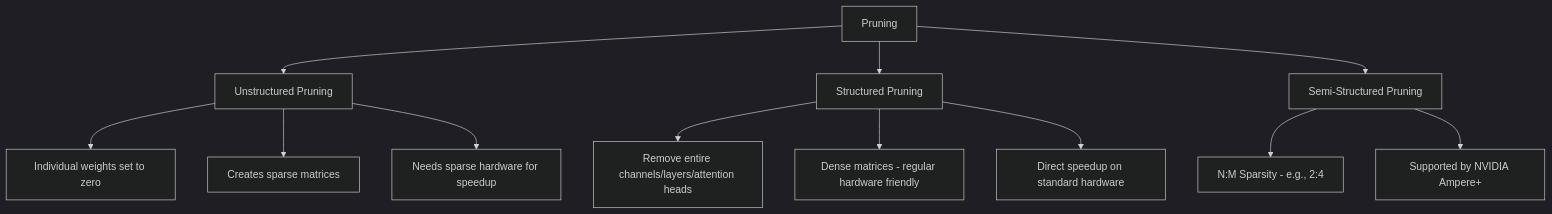
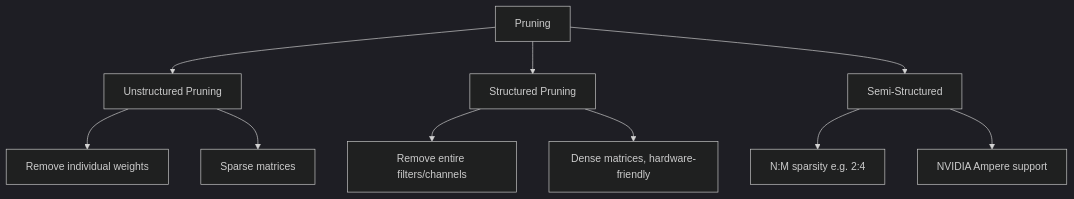
Before and after one commit to vanos001/placement_prep: the diagram in src/ml/advanced/pruning.md, drawn with Mermaid (dark theme). The commit also changed other lines of this file and 14 other files, not shown here.

````diff
--- a/src/ml/advanced/pruning.md
+++ b/src/ml/advanced/pruning.md
@@ -17,17 +9,12 @@
 ```mermaid
 graph TD
     A[Pruning] --> B[Unstructured Pruning]
     A --> C[Structured Pruning]
-    A --> D[Semi-Structured Pruning]
-    
-    B --> B1[Individual weights set to zero]
-    B --> B2[Creates sparse matrices]
-    B --> B3[Needs sparse hardware for speedup]
-    
-    C --> C1[Remove entire channels/layers/attention heads]
-    C --> C2[Dense matrices - regular hardware friendly]
-    C --> C3[Direct speedup on standard hardware]
-    
-    D --> D1[N:M Sparsity - e.g., 2:4]
-    D --> D2[Supported by NVIDIA Ampere+]
+    A --> D[Semi-Structured]
+    B --> B1[Remove individual weights]
+    B --> B2[Sparse matrices]
+    C --> C1[Remove entire filters/channels]
+    C --> C2[Dense matrices, hardware-friendly]
+    D --> D1[N:M sparsity e.g. 2:4]
+    D --> D2[NVIDIA Ampere support]
 ```
````
